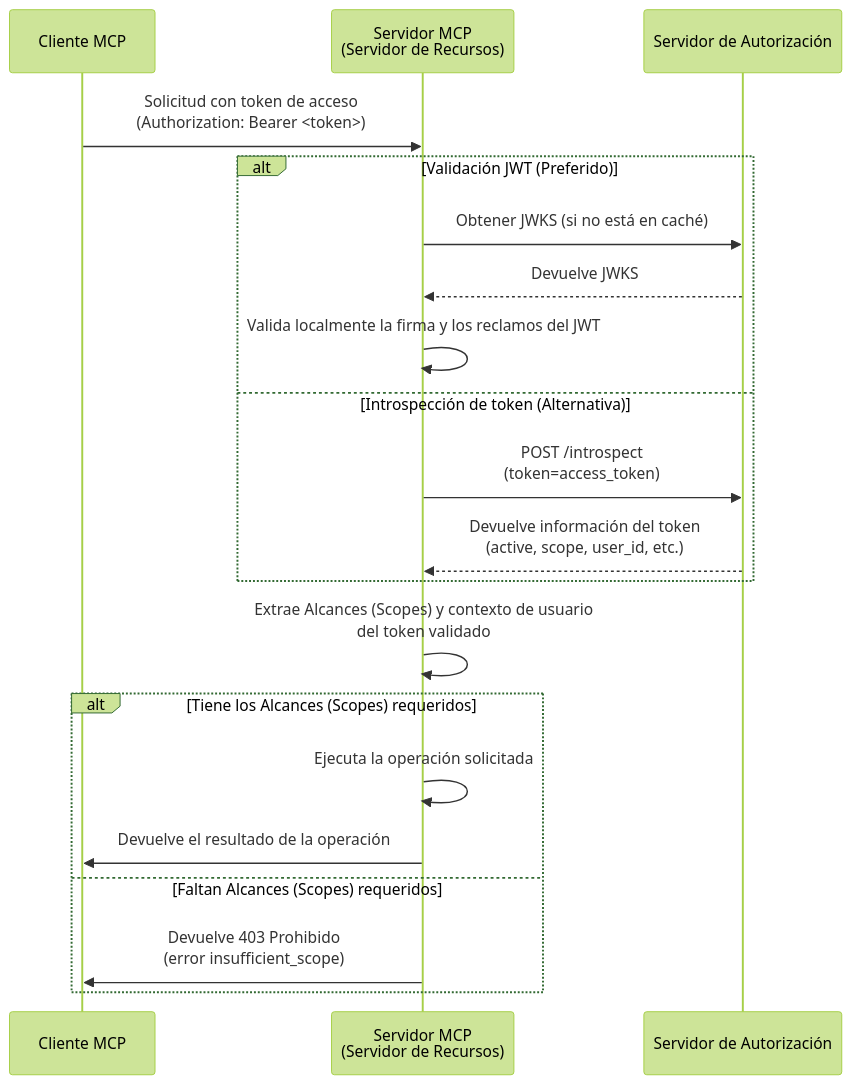
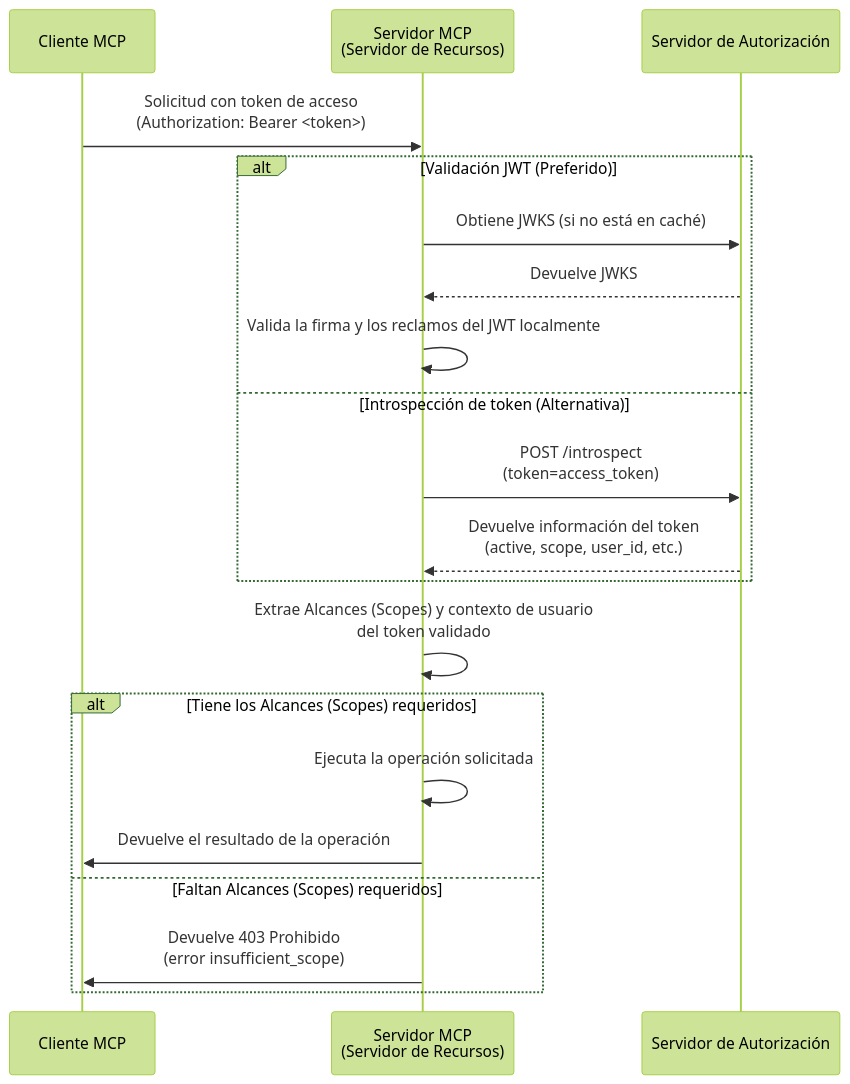
Before and after one commit to mcp-auth/docs: the second of 2 diagrams in i18n/es/docusaurus-plugin-content-docs/current/tutorials/todo-manager/README.mdx, drawn with Mermaid (forest theme). The commit also changed other lines of this file and 9 other files, not shown here.

````diff
--- a/i18n/es/docusaurus-plugin-content-docs/current/tutorials/todo-manager/README.mdx
+++ b/i18n/es/docusaurus-plugin-content-docs/current/tutorials/todo-manager/README.mdx
@@ -137,26 +137,26 @@
 ```mermaid
 sequenceDiagram
     participant Client as Cliente MCP
     participant Server as Servidor MCP<br/>(Servidor de Recursos)
     participant Auth as Servidor de Autorización
 
     Client->>Server: Solicitud con token de acceso<br/>(Authorization: Bearer <token>)
 
     alt Validación JWT (Preferido)
-        Server->>Auth: Obtener JWKS (si no está en caché)
+        Server->>Auth: Obtiene JWKS (si no está en caché)
         Auth-->>Server: Devuelve JWKS
-        Server->>Server: Valida localmente la firma y los reclamos del JWT
+        Server->>Server: Valida la firma y los reclamos del JWT localmente
     else Introspección de token (Alternativa)
         Server->>Auth: POST /introspect<br/>(token=access_token)
         Auth-->>Server: Devuelve información del token<br/>(active, scope, user_id, etc.)
     end
 
     Server->>Server: Extrae Alcances (Scopes) y contexto de usuario<br/>del token validado
 
     alt Tiene los Alcances (Scopes) requeridos
         Server->>Server: Ejecuta la operación solicitada
         Server->>Client: Devuelve el resultado de la operación
     else Faltan Alcances (Scopes) requeridos
         Server->>Client: Devuelve 403 Prohibido<br/>(error insufficient_scope)
     end
 ```
````
